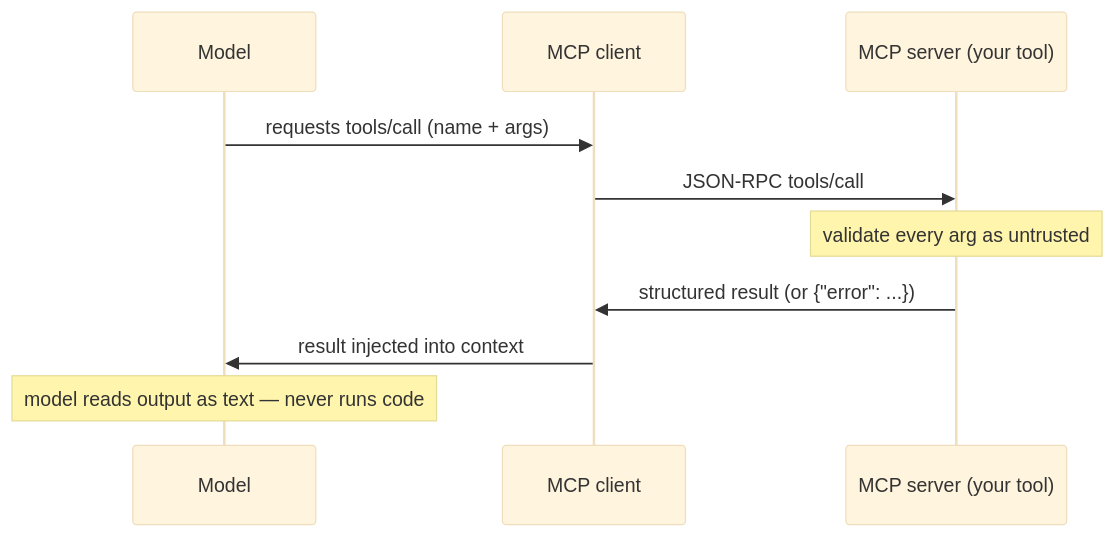
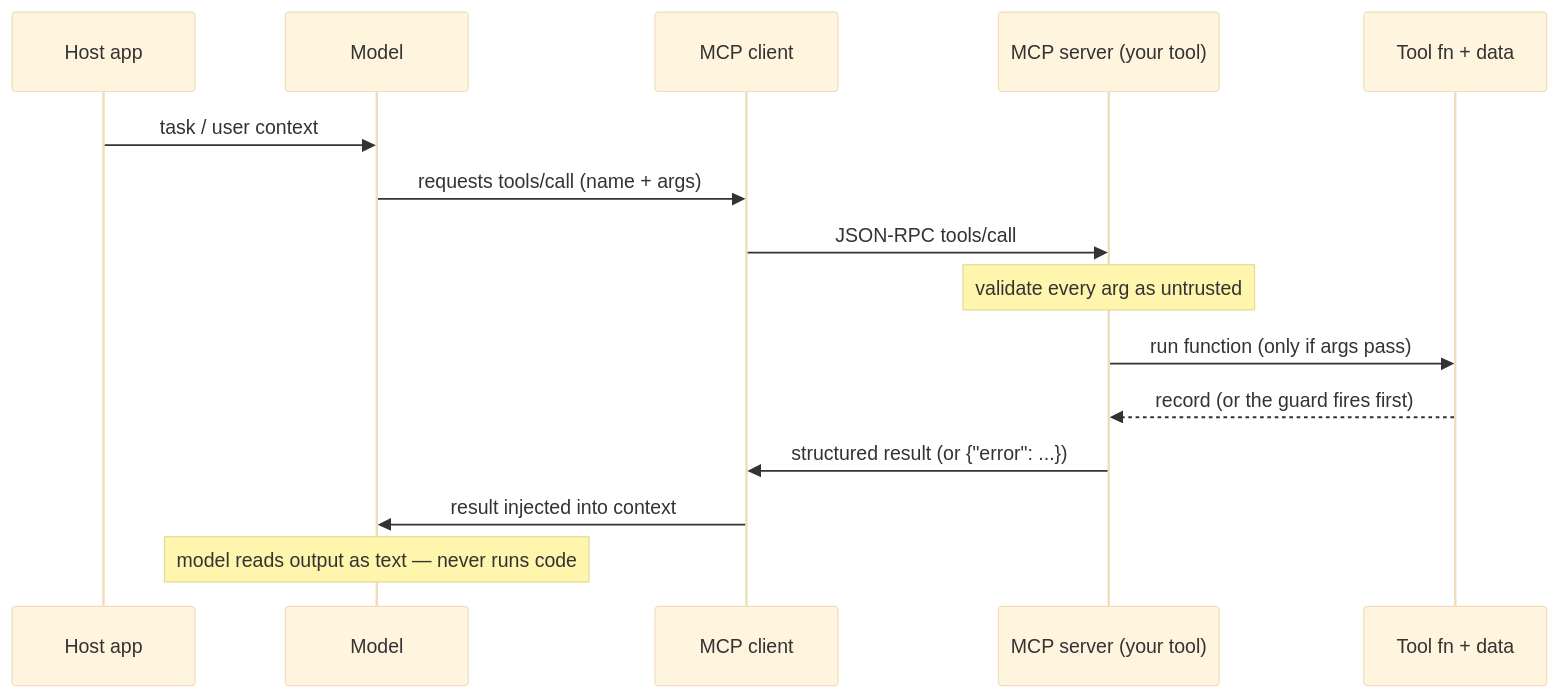
The first of 2 diagrams in tracks/12-ai-augmented-ops/modules/05-building-mcp-servers/README.md (plaintext-security/plaintext), drawn with Mermaid (base theme) before and after one commit. The commit also changed other lines of this file and 19 other files, not shown here.

````diff
--- a/tracks/12-ai-augmented-ops/modules/05-building-mcp-servers/README.md
+++ b/tracks/12-ai-augmented-ops/modules/05-building-mcp-servers/README.md
@@ -64,12 +64,17 @@
 ```mermaid
 sequenceDiagram
+    participant H as Host app
     participant M as Model
     participant C as MCP client
     participant S as MCP server (your tool)
+    participant T as Tool fn + data
+    H->>M: task / user context
     M->>C: requests tools/call (name + args)
     C->>S: JSON-RPC tools/call
     Note over S: validate every arg as untrusted
+    S->>T: run function (only if args pass)
+    T-->>S: record (or the guard fires first)
     S->>C: structured result (or {"error": ...})
     C->>M: result injected into context
     Note over M: model reads output as text — never runs code
 ```
````
